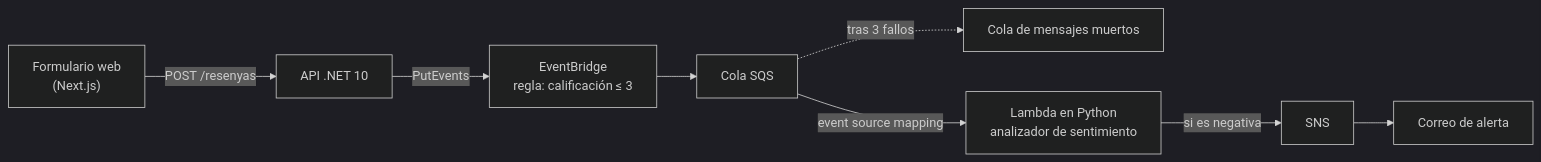
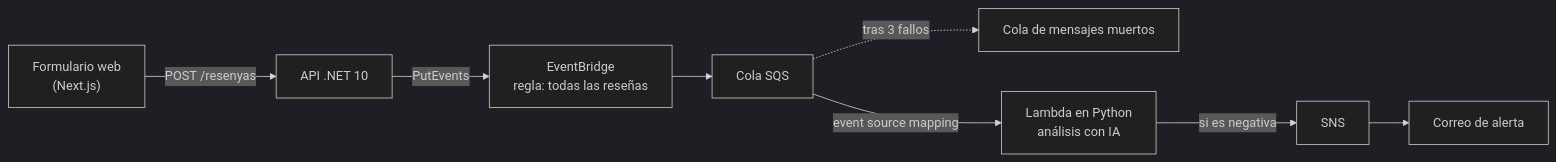
One commit to hernangonzalez93/WorkingEvents changed the diagram in README.md. Above: the diagram before and after it, drawn with Mermaid (dark theme). The commit also changed other lines of this file and 9 other files, not shown here.

````diff
--- a/README.md
+++ b/README.md
@@ -16,10 +16,10 @@
 ```mermaid
 flowchart LR
     W["Formulario web<br/>(Next.js)"] -->|POST /resenyas| A["API .NET 10"]
-    A -->|PutEvents| EB["EventBridge<br/>regla: calificación ≤ 3"]
+    A -->|PutEvents| EB["EventBridge<br/>regla: todas las reseñas"]
     EB --> Q["Cola SQS"]
     Q -.->|tras 3 fallos| DLQ["Cola de mensajes muertos"]
-    Q -->|event source mapping| L["Lambda en Python<br/>analizador de sentimiento"]
+    Q -->|event source mapping| L["Lambda en Python<br/>análisis con IA"]
     L -->|si es negativa| SNS["SNS"]
     SNS --> M["Correo de alerta"]
 ```
````
